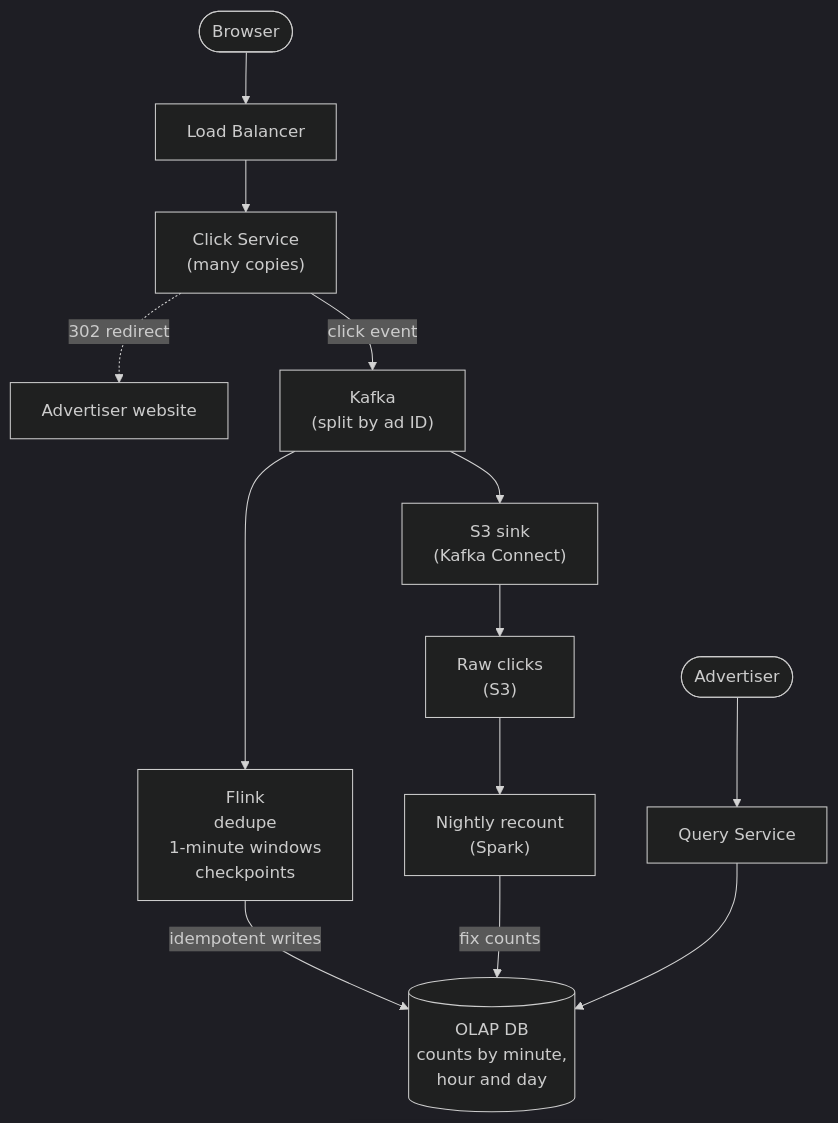
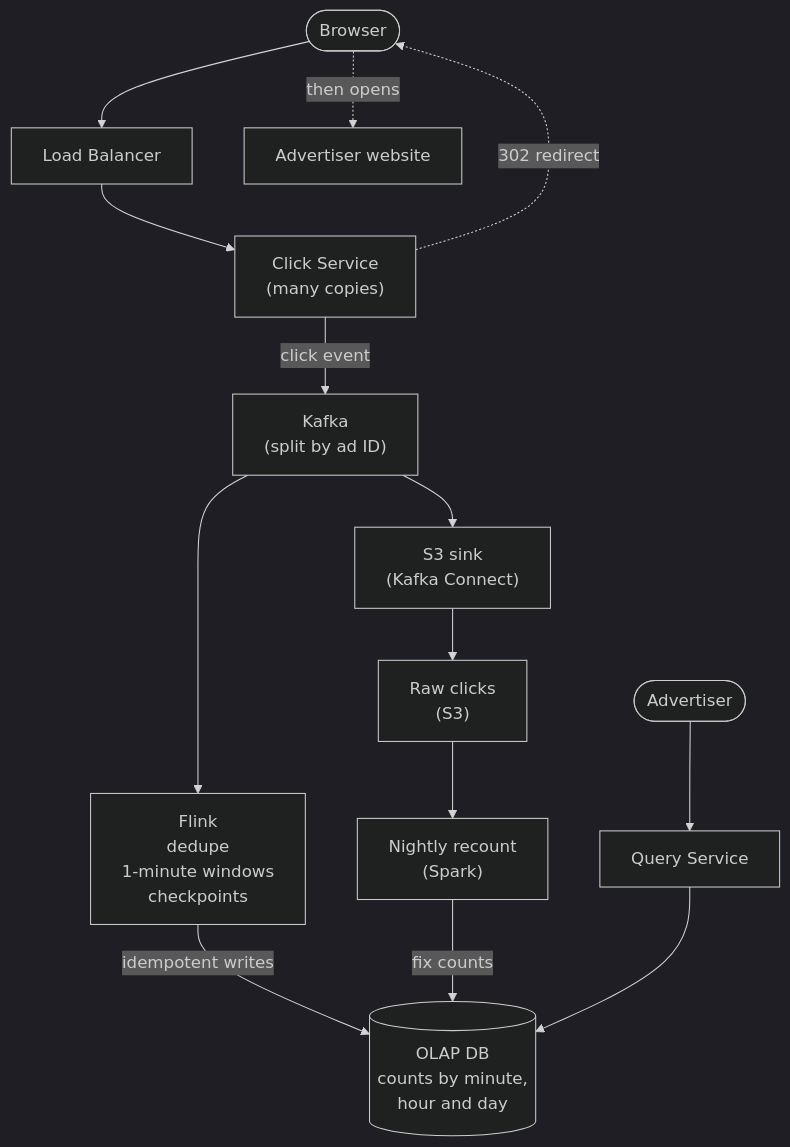
Before and after one commit to iamrs77/interview-ready: the fourth of 4 diagrams in content/system-design/questions/ad-click-aggregator.mdx, drawn with Mermaid (dark theme). The commit also changed other lines of this file and 132 other files, not shown here.

````diff
--- a/content/system-design/questions/ad-click-aggregator.mdx
+++ b/content/system-design/questions/ad-click-aggregator.mdx
@@ -227,15 +228,16 @@
 ```mermaid
 flowchart TB
   User(["Browser"]):::client --> LB["Load Balancer"]:::lb
   LB --> Click["Click Service<br/>(many copies)"]:::service
-  Click -.->|"302 redirect"| Site["Advertiser website"]:::external
+  Click -.->|"302 redirect"| User
+  User -.->|"then opens"| Site["Advertiser website"]:::external
   Click -->|"click event"| Kafka["Kafka<br/>(split by ad ID)"]:::queue
   Kafka --> Flink["Flink<br/>dedupe<br/>1-minute windows<br/>checkpoints"]:::service
   Flink -->|"idempotent writes"| OLAP[("OLAP DB<br/>counts by minute,<br/>hour and day")]:::db
   Kafka --> Sink["S3 sink<br/>(Kafka Connect)"]:::service
   Sink --> Raw["Raw clicks<br/>(S3)"]:::storage
   Raw --> Batch["Nightly recount<br/>(Spark)"]:::service
   Batch -->|"fix counts"| OLAP
   Adv(["Advertiser"]):::client --> Query["Query Service"]:::service
   Query --> OLAP
 ```
````
